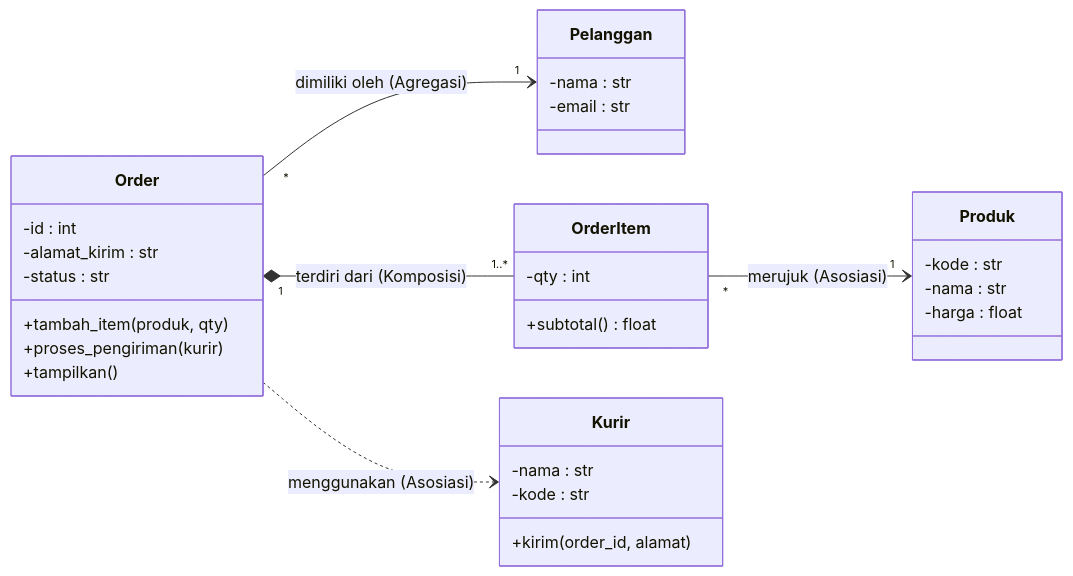
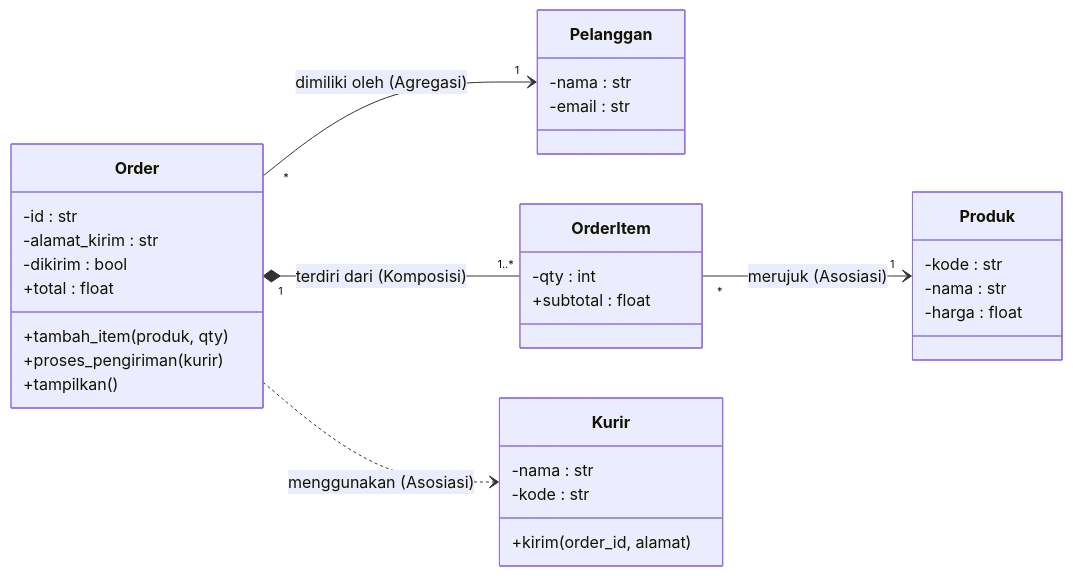
Before and after one commit to antonprafanto/PBO2026: the eighth of 11 diagrams in Materi_05_Hubungan_Kelas_dan_UML/materi.md, drawn with Mermaid. The commit also changed other lines of this file, not shown here.

Commit message:
docs(materi05): purge legacy diagram errors in concluding sections
- Fixed Section 6 (Studi Kasus) Order UML Diagram to correctly mirror the python source code. Refactored -id : int to -id : str, swapped -status: str for -dikirim: bool, and introduced the missing @property mapping +total : float.
- Fixed Section 7 (Panduan Singkat) Dosen UML diagram to accurately inherit the -bidang_keahlian attribute established earlier, overriding the legacy -bidang typo.

````diff
--- a/Materi_05_Hubungan_Kelas_dan_UML/materi.md
+++ b/Materi_05_Hubungan_Kelas_dan_UML/materi.md
@@ -535,34 +535,35 @@
 ```mermaid
 classDiagram
     direction LR
     class Pelanggan {
         -nama : str
         -email : str
     }
     class Order {
-        -id : int
+        -id : str
         -alamat_kirim : str
-        -status : str
+        -dikirim : bool
+        +total : float
         +tambah_item(produk, qty)
         +proses_pengiriman(kurir)
         +tampilkan()
     }
     class OrderItem {
         -qty : int
-        +subtotal() float
+        +subtotal : float
     }
     class Produk {
         -kode : str
         -nama : str
         -harga : float
     }
     class Kurir {
         -nama : str
         -kode : str
         +kirim(order_id, alamat)
     }
     Order "*" --> "1" Pelanggan : dimiliki oleh (Agregasi)
     Order "1" *-- "1..*" OrderItem : terdiri dari (Komposisi)
     OrderItem "*" --> "1" Produk : merujuk (Asosiasi)
     Order ..> Kurir : menggunakan (Asosiasi)
 ```
````
